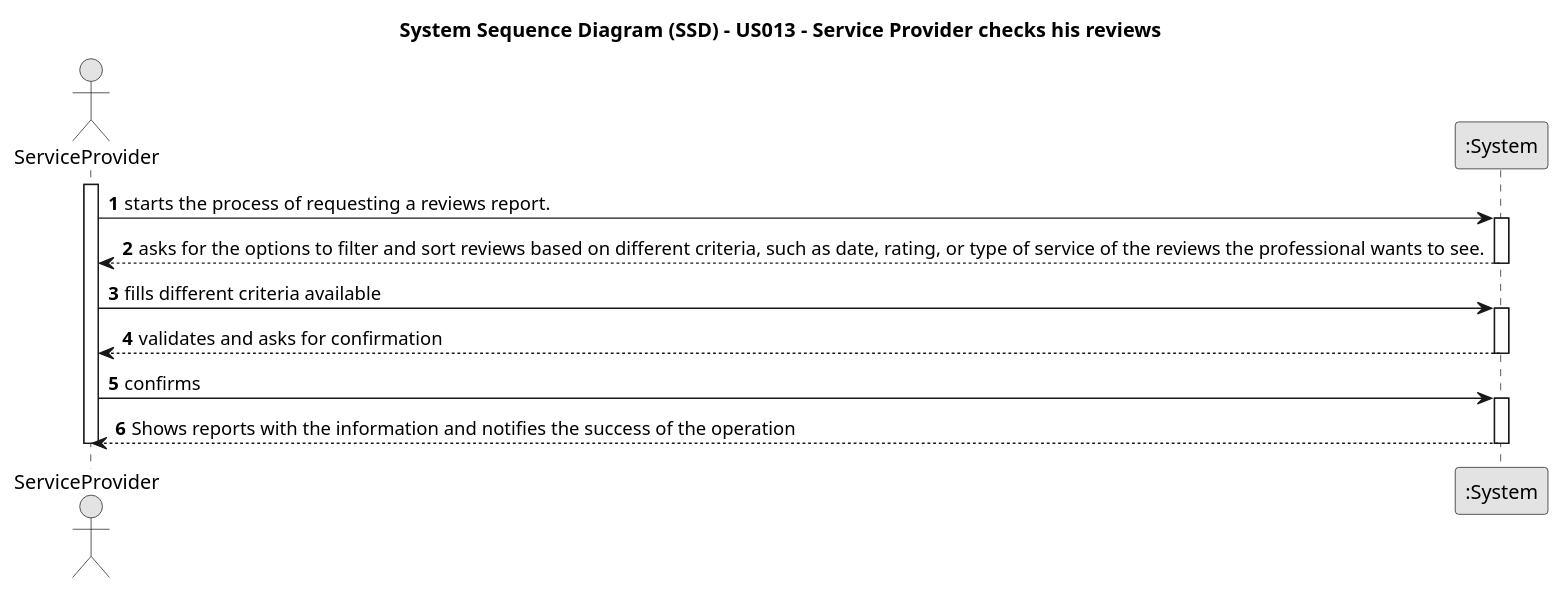
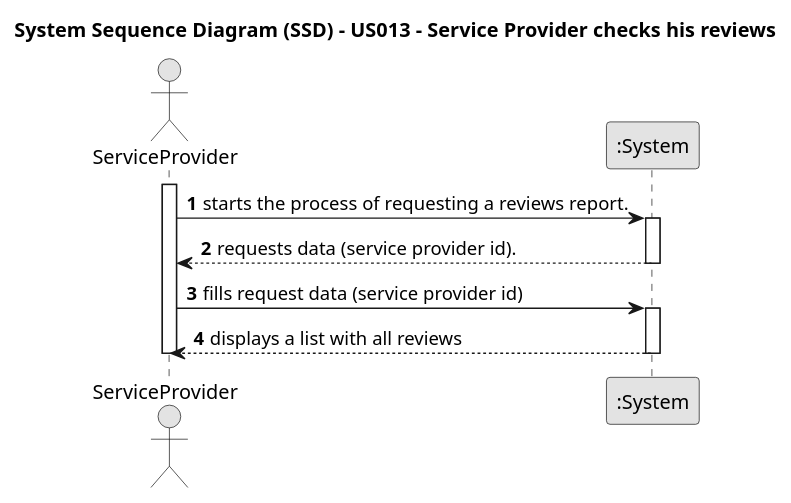
Before and after one commit to Chirano/GladlyGiven: the diagram in javaSprint2GladlyGiven/Docs/UseCases/uc013/requeriments/puml/us013-SSD.puml, drawn with PlantUML. The commit also changed 10 other files, not shown here.

```diff
--- a/javaSprint2GladlyGiven/Docs/UseCases/uc013/requeriments/puml/us013-SSD.puml
+++ b/javaSprint2GladlyGiven/Docs/UseCases/uc013/requeriments/puml/us013-SSD.puml
@@ -1,28 +1,24 @@
 @startuml
 skinparam monochrome true
 skinparam packageStyle rectangle
 skinparam shadowing false
 
 title System Sequence Diagram (SSD) - US013 - Service Provider checks his reviews
 
 autonumber
 
 actor ServiceProvider
 participant ":System" as System
 
 activate ServiceProvider
     ServiceProvider -> System : starts the process of requesting a reviews report.
     activate System
-        System --> ServiceProvider : asks for the options to filter and sort reviews based on different criteria, such as date, rating, or type of service of the reviews the professional wants to see.
+        System --> ServiceProvider : requests data (service provider id).
     deactivate System
-    ServiceProvider -> System : fills different criteria available
+    ServiceProvider -> System : fills request data (service provider id)
     activate System
-        System --> ServiceProvider : validates and asks for confirmation
-    deactivate System
-    ServiceProvider -> System : confirms
-    activate System
-        System --> ServiceProvider : Shows reports with the information and notifies the success of the operation
+        System --> ServiceProvider : displays a list with all reviews
     deactivate System
 deactivate ServiceProvider
 
 @enduml
```
